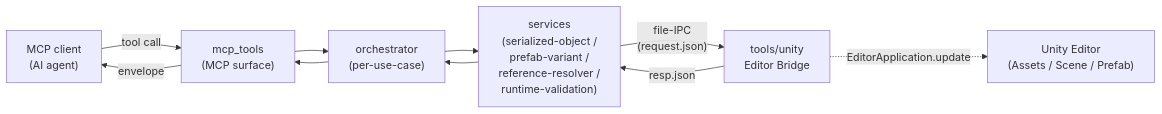
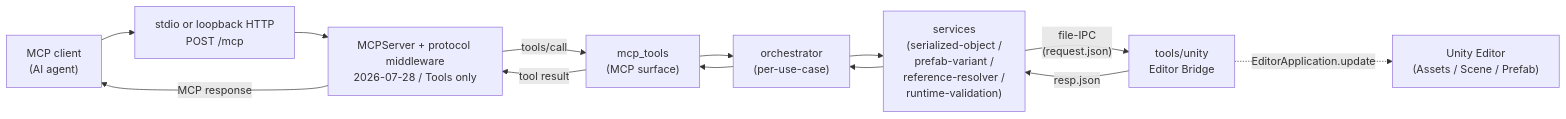
One commit to tyunta/prefab-sentinel changed the diagram in ARCHITECTURE.md. Above: the diagram before and after it, drawn with Mermaid. The commit also changed other lines of this file and 55 other files, not shown here.

````diff
--- a/ARCHITECTURE.md
+++ b/ARCHITECTURE.md
@@ -9,12 +9,15 @@
 ```mermaid
 flowchart LR
-    Client["MCP client<br/>(AI agent)"] -->|tool call| Tools["mcp_tools<br/>(MCP surface)"]
+    Client["MCP client<br/>(AI agent)"] --> Transport["stdio or loopback HTTP<br/>POST /mcp"]
+    Transport --> Boundary["MCPServer + protocol middleware<br/>2026-07-28 / Tools only"]
+    Boundary -->|tools/call| Tools["mcp_tools<br/>(MCP surface)"]
     Tools --> Orch["orchestrator<br/>(per-use-case)"]
     Orch --> Svc["services<br/>(serialized-object /<br/>prefab-variant /<br/>reference-resolver /<br/>runtime-validation)"]
     Svc -->|"file-IPC<br/>(request.json)"| Bridge["tools/unity<br/>Editor Bridge"]
     Bridge -->|"resp.json"| Svc
     Bridge -.->|EditorApplication.update| Unity["Unity Editor<br/>(Assets / Scene / Prefab)"]
     Svc --> Orch
     Orch --> Tools
-    Tools -->|envelope| Client
+    Tools -->|tool result| Boundary
+    Boundary -->|MCP response| Client
 ```
````
